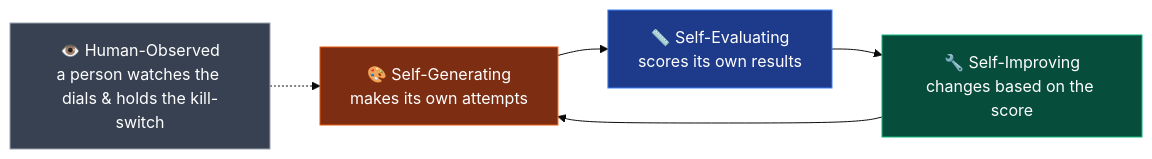
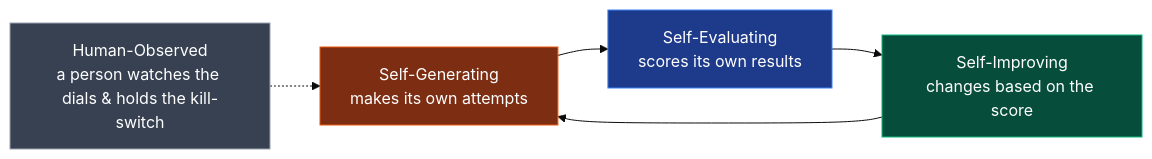
The second of 2 diagrams in book/01-what-is-a-loop.md (m4vic/Autopilot-zero-to-hero), drawn with Mermaid (base theme) before and after one commit. The commit also changed other lines of this file and 15 other files, not shown here.

````diff
--- a/book/01-what-is-a-loop.md
+++ b/book/01-what-is-a-loop.md
@@ -74,12 +74,12 @@
 ```mermaid
-flowchart LR
-    P1["🎨 Self-Generating<br/>makes its own attempts"] --> P2["📏 Self-Evaluating<br/>scores its own results"]
-    P2 --> P3["🔧 Self-Improving<br/>changes based on the score"]
+    flowchart LR
+    P1["Self-Generating<br/>makes its own attempts"] --> P2["Self-Evaluating<br/>scores its own results"]
+    P2 --> P3["Self-Improving<br/>changes based on the score"]
     P3 --> P1
-    P4["👁️ Human-Observed<br/>a person watches the dials & holds the kill-switch"] -.-> P1
+    P4["Human-Observed<br/>a person watches the dials & holds the kill-switch"] -.-> P1
 
     style P1 fill:#7c2d12,stroke:#ea580c,color:#fff
     style P2 fill:#1e3a8a,stroke:#3b82f6,color:#fff
     style P3 fill:#064e3b,stroke:#10b981,color:#fff
     style P4 fill:#374151,stroke:#9ca3af,color:#fff
 ```
````
